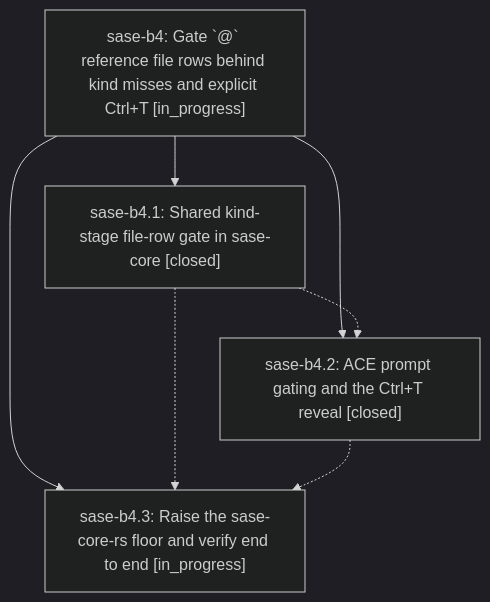
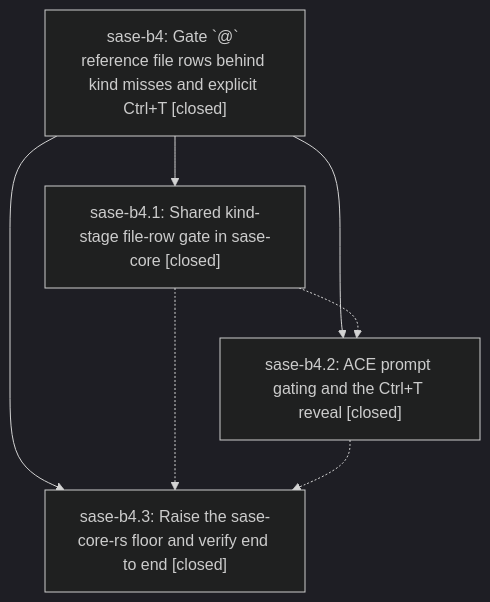
Before and after one commit to sase-org/sase--beads: the diagram in pages/sase-b4/README.md, drawn with Mermaid (dark theme). The commit also changed other lines of this file and 3 other files, not shown here.

````diff
--- a/pages/sase-b4/README.md
+++ b/pages/sase-b4/README.md
@@ -24,13 +30,13 @@
 ```mermaid
 flowchart TD
-    n0["sase-b4: Gate `@` reference file rows behind kind misses and explicit Ctrl+T [in_progress]"]
+    n0["sase-b4: Gate `@` reference file rows behind kind misses and explicit Ctrl+T [closed]"]
     n1["sase-b4.1: Shared kind-stage file-row gate in sase-core [closed]"]
     n2["sase-b4.2: ACE prompt gating and the Ctrl+T reveal [closed]"]
-    n3["sase-b4.3: Raise the sase-core-rs floor and verify end to end [in_progress]"]
+    n3["sase-b4.3: Raise the sase-core-rs floor and verify end to end [closed]"]
     n0 --> n1
     n0 --> n2
     n0 --> n3
     n1 -.-> n2
     n1 -.-> n3
     n2 -.-> n3
 ```
````
